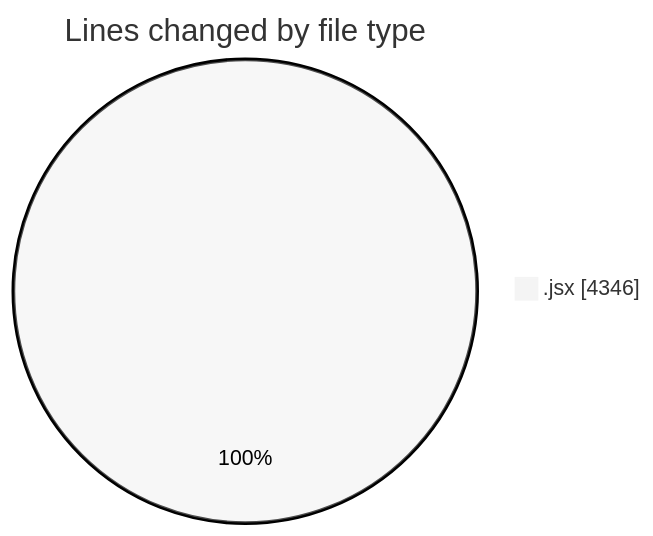
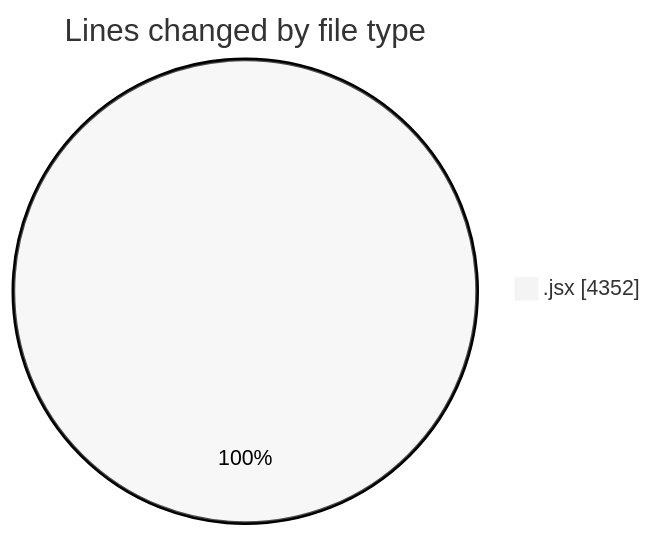
The first of 2 diagrams in 2025-06-02/nxtqube_webapp/README.md (nxtqubesakshisongat/code-tracking), drawn with Mermaid (neutral theme) before and after one commit. The commit also changed other lines of this file and 1 other file, not shown here.

````diff
--- a/2025-06-02/nxtqube_webapp/README.md
+++ b/2025-06-02/nxtqube_webapp/README.md
@@ -21,5 +21,5 @@
 ```mermaid
 pie showData
 title Lines changed by file type
-".jsx" : 4346
+".jsx" : 4352
 ```
````
